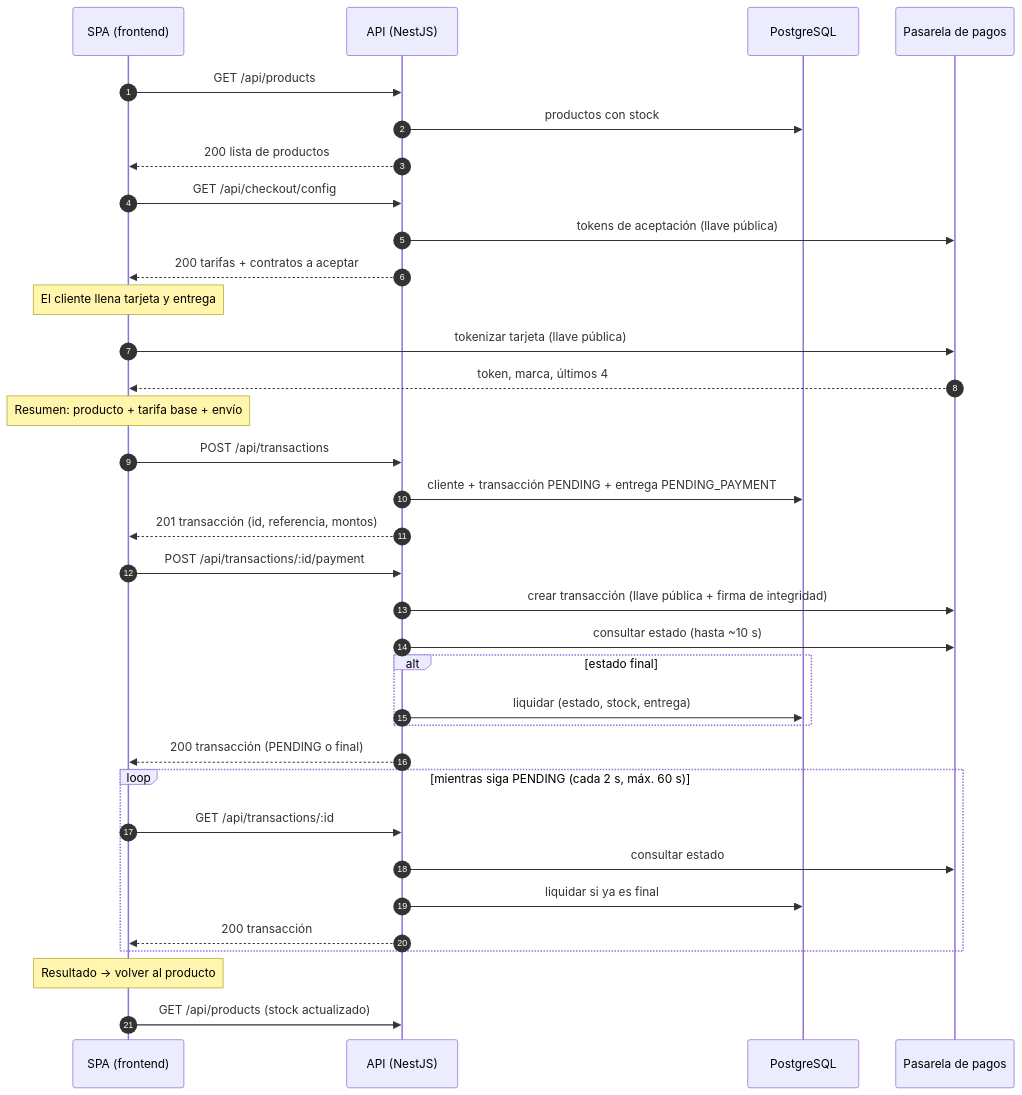
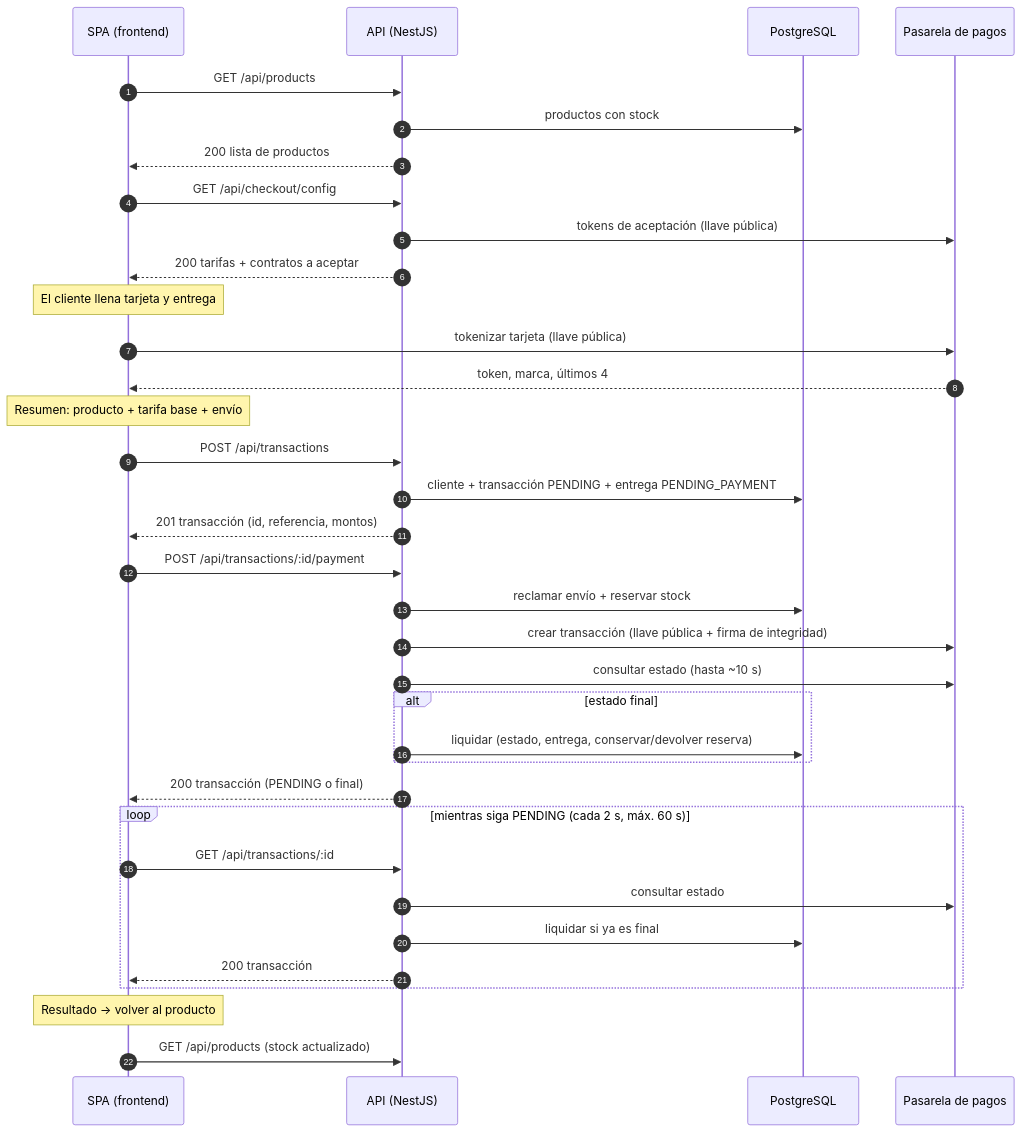
Before and after one commit to Manuelortegaj11/checkout-app: the first of 3 diagrams in backend/docs/api/contrato-api.md, drawn with Mermaid. The commit also changed other lines of this file and 3 other files, not shown here.

````diff
--- a/backend/docs/api/contrato-api.md
+++ b/backend/docs/api/contrato-api.md
@@ -7,43 +7,44 @@
 ```mermaid
 sequenceDiagram
     autonumber
     participant SPA as SPA (frontend)
     participant API as API (NestJS)
     participant DB as PostgreSQL
     participant PG as Pasarela de pagos
 
     SPA->>API: GET /api/products
     API->>DB: productos con stock
     API-->>SPA: 200 lista de productos
 
     SPA->>API: GET /api/checkout/config
     API->>PG: tokens de aceptación (llave pública)
     API-->>SPA: 200 tarifas + contratos a aceptar
 
     Note over SPA: El cliente llena tarjeta y entrega
     SPA->>PG: tokenizar tarjeta (llave pública)
     PG-->>SPA: token, marca, últimos 4
 
     Note over SPA: Resumen: producto + tarifa base + envío
     SPA->>API: POST /api/transactions
     API->>DB: cliente + transacción PENDING + entrega PENDING_PAYMENT
     API-->>SPA: 201 transacción (id, referencia, montos)
 
     SPA->>API: POST /api/transactions/:id/payment
+    API->>DB: reclamar envío + reservar stock
     API->>PG: crear transacción (llave pública + firma de integridad)
     API->>PG: consultar estado (hasta ~10 s)
     alt estado final
-        API->>DB: liquidar (estado, stock, entrega)
+        API->>DB: liquidar (estado, entrega, conservar/devolver reserva)
     end
     API-->>SPA: 200 transacción (PENDING o final)
 
     loop mientras siga PENDING (cada 2 s, máx. 60 s)
         SPA->>API: GET /api/transactions/:id
         API->>PG: consultar estado
         API->>DB: liquidar si ya es final
         API-->>SPA: 200 transacción
     end
 
     Note over SPA: Resultado → volver al producto
     SPA->>API: GET /api/products (stock actualizado)
 ```
````
